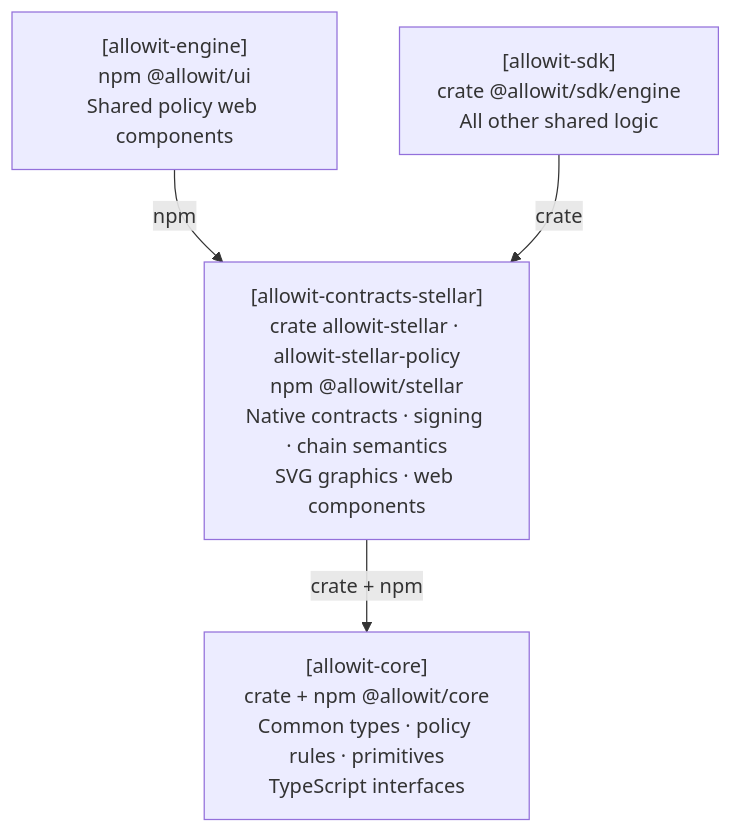
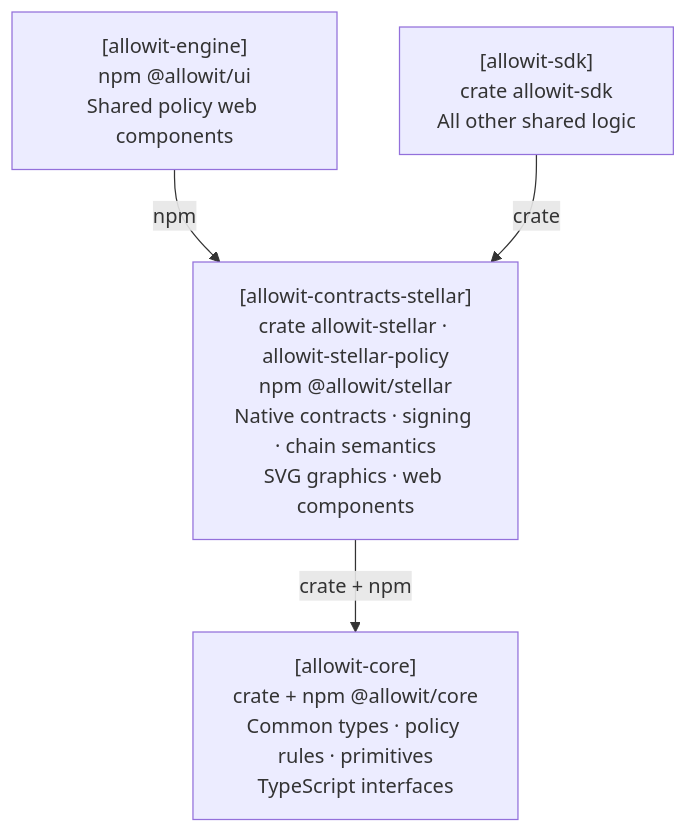
One commit to allowit-hq/allowit-contracts-stellar changed the diagram in crates/allowit-stellar/README.md. Above: the diagram before and after it, drawn with Mermaid. The commit also changed other lines of this file and 7 other files, not shown here.

````diff
--- a/crates/allowit-stellar/README.md
+++ b/crates/allowit-stellar/README.md
@@ -50,11 +50,11 @@
 ```mermaid
 flowchart TB
     UI["[allowit-engine]<br/>npm @allowit/ui<br/>Shared policy web components"]
-    Engine["[allowit-sdk]<br/>crate @allowit/sdk/engine<br/>All other shared logic"]
+    Engine["[allowit-sdk]<br/>crate allowit-sdk<br/>All other shared logic"]
     Vendor["[allowit-contracts-stellar]<br/>crate allowit-stellar · allowit-stellar-policy<br/>npm @allowit/stellar<br/>Native contracts · signing · chain semantics<br/>SVG graphics · web components"]
     Core["[allowit-core]<br/>crate + npm @allowit/core<br/>Common types · policy rules · primitives<br/>TypeScript interfaces"]
 
     UI -->|npm| Vendor
     Engine -->|crate| Vendor
     Vendor -->|crate + npm| Core
 ```
````
